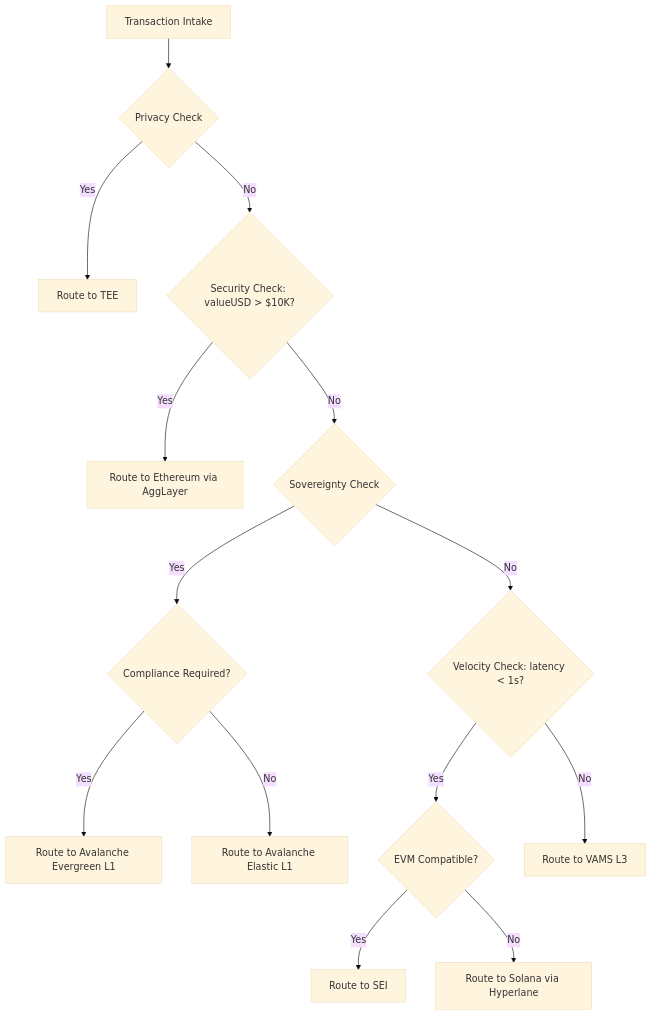
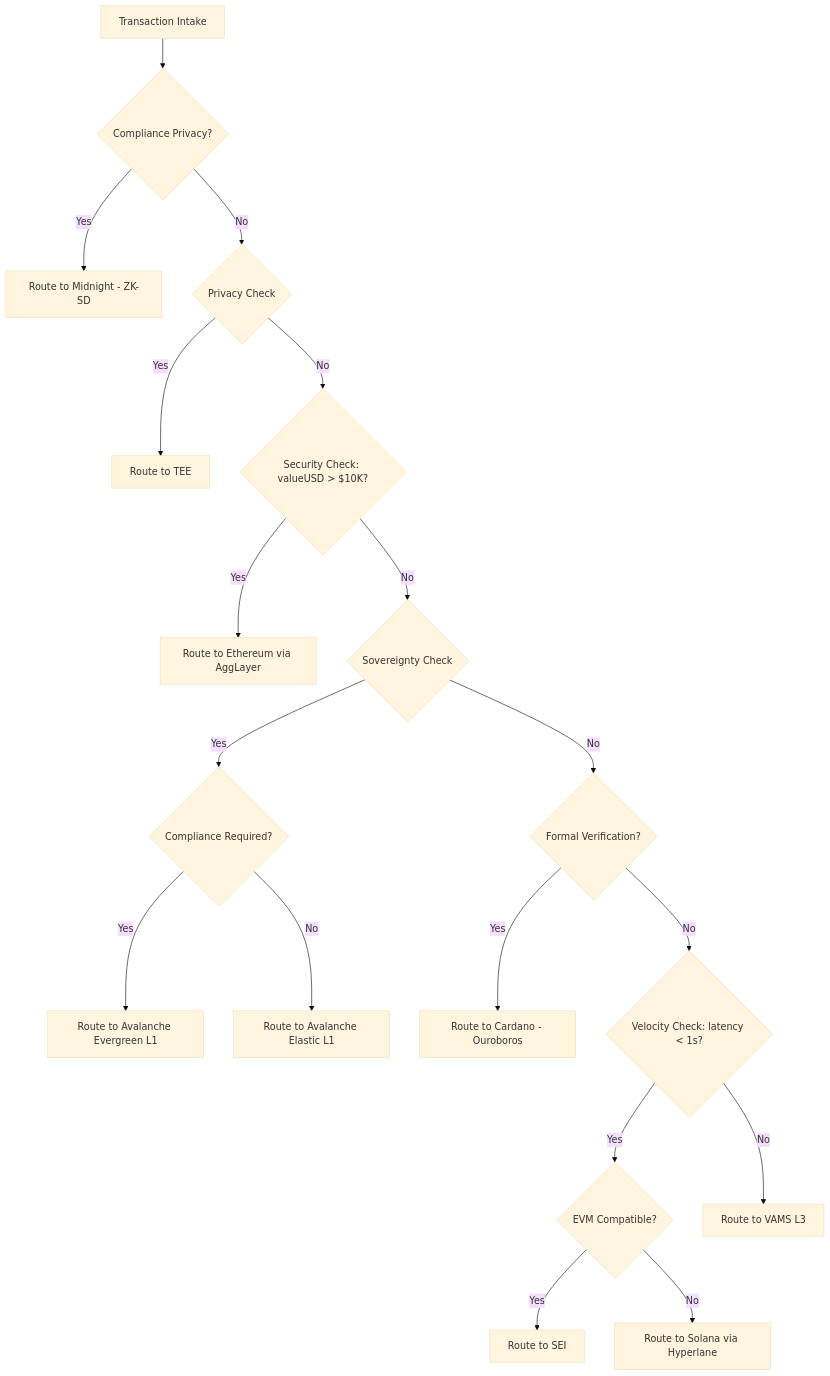
Before and after one commit to GodOfAgents/VAMS: the diagram in Team Docs/ARCHITECTURE_v0-3-0.md, drawn with Mermaid (base theme). The commit also changed other lines of this file and 33 other files, not shown here.

````diff
--- a/Team Docs/ARCHITECTURE_v0-3-0.md
+++ b/Team Docs/ARCHITECTURE_v0-3-0.md
@@ -1764,16 +1768,20 @@
 ```mermaid
 graph TD
-    A[Transaction Intake] --> B{Privacy Check};
-    B -- Yes --> C[Route to TEE];
-    B -- No --> D{Security Check: valueUSD > $10K?};
-    D -- Yes --> E[Route to Ethereum via AggLayer];
-    D -- No --> F{Sovereignty Check};
-    F -- Yes --> G{Compliance Required?};
-    G -- Yes --> H[Route to Avalanche Evergreen L1];
-    G -- No --> I[Route to Avalanche Elastic L1];
-    F -- No --> J{Velocity Check: latency < 1s?};
-    J -- Yes --> K{EVM Compatible?};
-    K -- Yes --> L[Route to SEI];
-    K -- No --> M[Route to Solana via Hyperlane];
-    J -- No --> N[Route to VAMS L3];
+    A[Transaction Intake] --> B{Compliance Privacy?};
+    B -- Yes --> B1[Route to Midnight - ZK-SD];
+    B -- No --> C{Privacy Check};
+    C -- Yes --> D[Route to TEE];
+    C -- No --> E{Security Check: valueUSD > $10K?};
+    E -- Yes --> F[Route to Ethereum via AggLayer];
+    E -- No --> G{Sovereignty Check};
+    G -- Yes --> H{Compliance Required?};
+    H -- Yes --> I[Route to Avalanche Evergreen L1];
+    H -- No --> J[Route to Avalanche Elastic L1];
+    G -- No --> K{Formal Verification?};
+    K -- Yes --> K1[Route to Cardano - Ouroboros];
+    K -- No --> L{Velocity Check: latency < 1s?};
+    L -- Yes --> M{EVM Compatible?};
+    M -- Yes --> N[Route to SEI];
+    M -- No --> O[Route to Solana via Hyperlane];
+    L -- No --> P[Route to VAMS L3];
 ```
````
